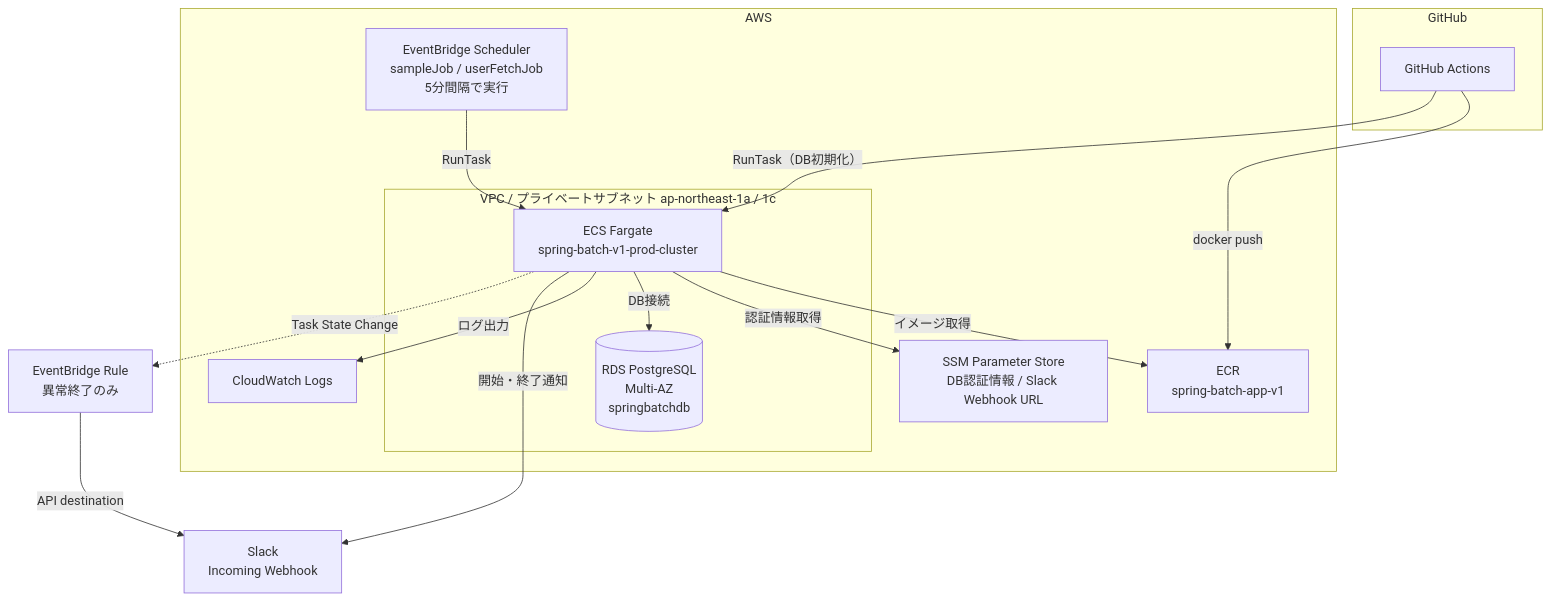
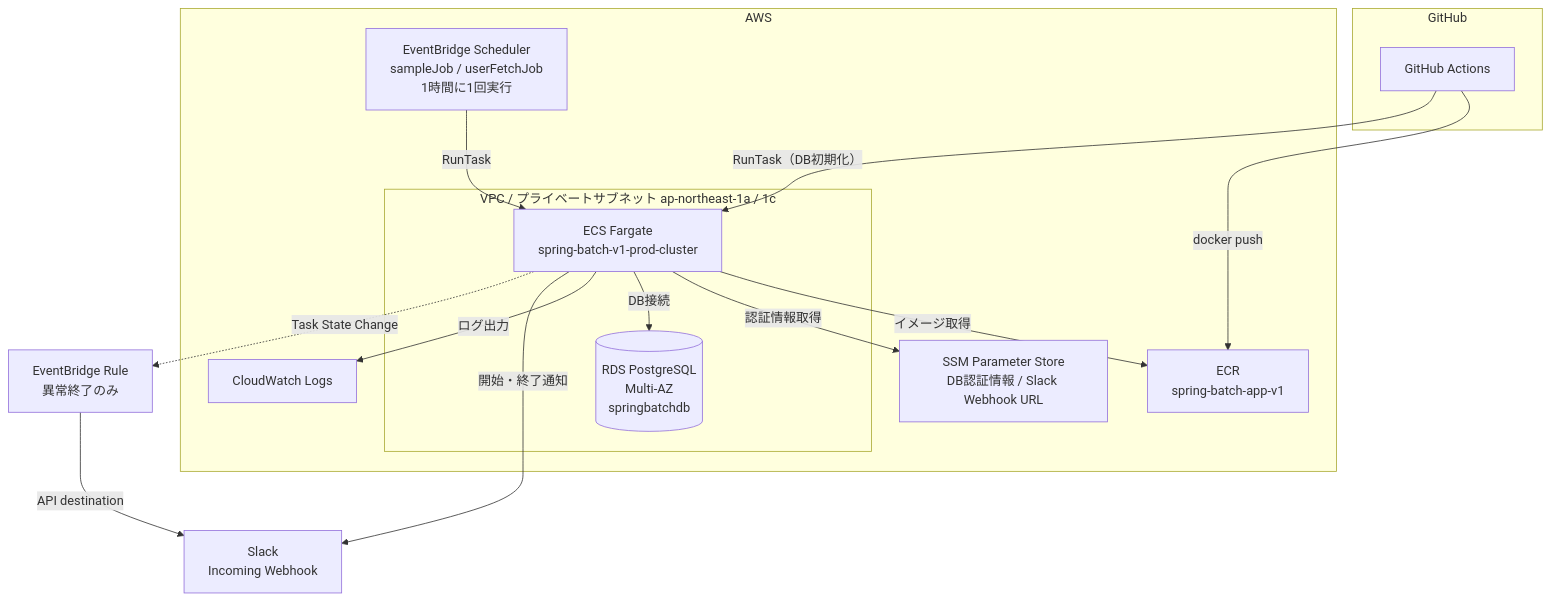
Before and after one commit to sukunahikona/spring-batch-v1-monorepo: the diagram in infra/README.md, drawn with Mermaid. The commit also changed other lines of this file and 1 other file, not shown here.

First line of the commit message:
EventBridge Schedulerの定期実行を1時間に1回に変更

````diff
--- a/infra/README.md
+++ b/infra/README.md
@@ -36,29 +36,29 @@
 ```mermaid
 graph TB
     subgraph GitHub
         GHA[GitHub Actions]
     end
 
     subgraph AWS
         ECR[ECR\nspring-batch-app-v1]
-        EBS[EventBridge Scheduler\nsampleJob / userFetchJob\n5分間隔で実行]
+        EBS[EventBridge Scheduler\nsampleJob / userFetchJob\n1時間に1回実行]
         SSM[SSM Parameter Store\nDB認証情報 / Slack Webhook URL]
         CWL[CloudWatch Logs]
 
         subgraph VPC / プライベートサブネット ap-northeast-1a / 1c
             ECS[ECS Fargate\nspring-batch-v1-prod-cluster]
             RDS[(RDS PostgreSQL\nMulti-AZ\nspringbatchdb)]
         end
     end
 
     GHA -->|docker push| ECR
     GHA -->|RunTask（DB初期化）| ECS
     EBS -->|RunTask| ECS
     ECS -->|イメージ取得| ECR
     ECS -->|認証情報取得| SSM
     ECS -->|DB接続| RDS
     ECS -->|ログ出力| CWL
     ECS -->|開始・終了通知| SLACK[Slack\nIncoming Webhook]
     ECS -.->|Task State Change| EVR[EventBridge Rule\n異常終了のみ]
     EVR -->|API destination| SLACK
 ```
````
